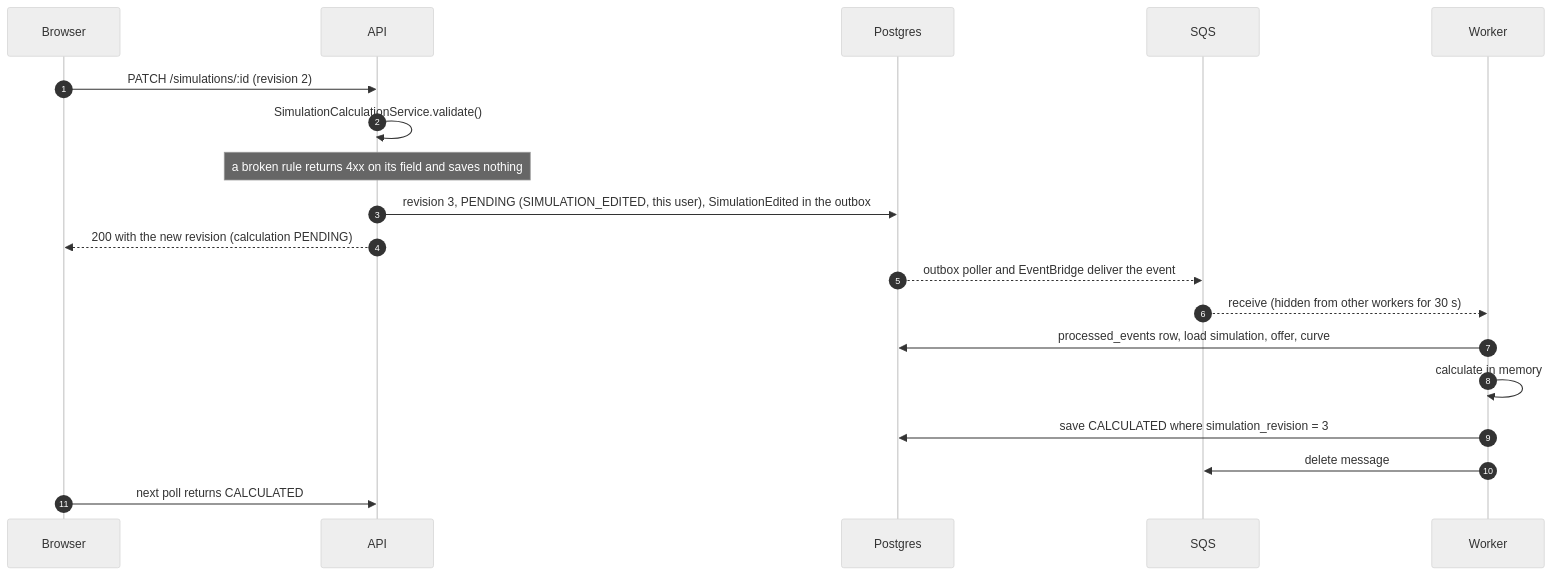
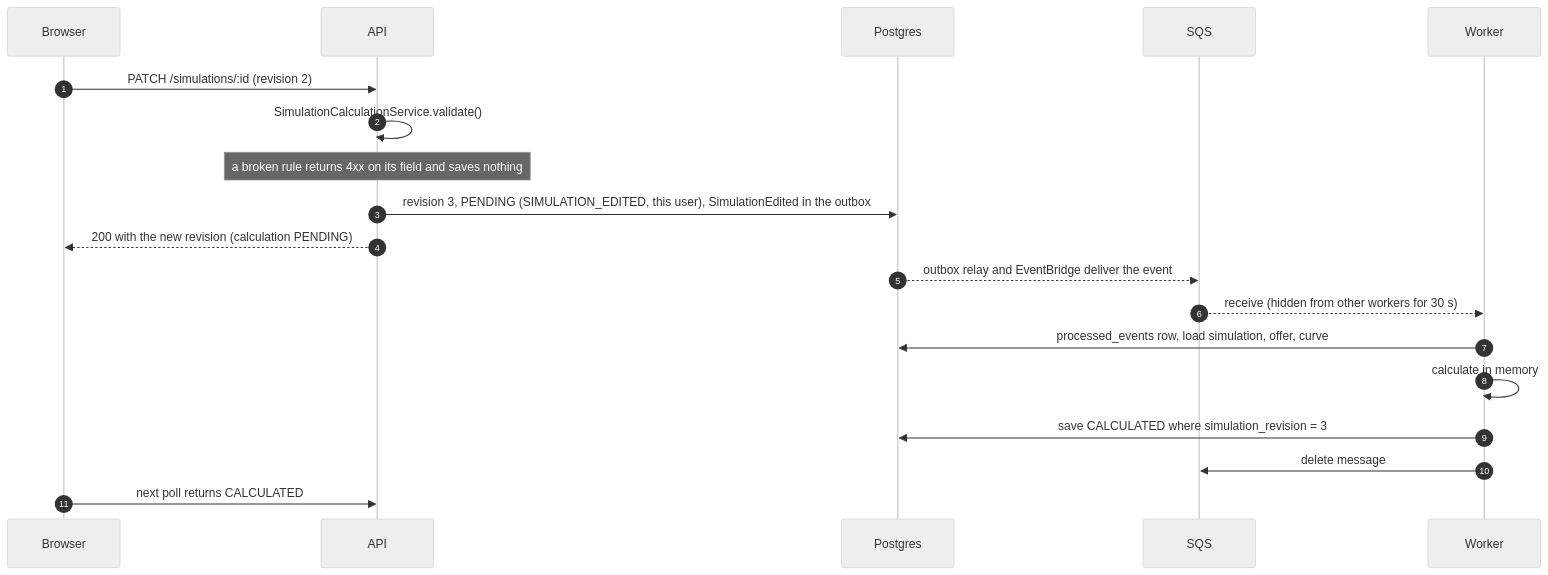
Before and after one commit to Diogo-NB/investflow: the fifth of 9 diagrams in docs/architecture/event-flow.md, drawn with Mermaid (neutral theme). The commit also changed other lines of this file and 43 other files, not shown here.

````diff
--- a/docs/architecture/event-flow.md
+++ b/docs/architecture/event-flow.md
@@ -180,22 +188,22 @@
 ```mermaid
 sequenceDiagram
   autonumber
   participant B as Browser
   participant A as API
   participant DB as Postgres
   participant Q as SQS
   participant W as Worker
 
   B->>A: PATCH /simulations/:id (revision 2)
   A->>A: SimulationCalculationService.validate()
   Note over A: a broken rule returns 4xx on its field and saves nothing
   A->>DB: revision 3, PENDING (SIMULATION_EDITED, this user), SimulationEdited in the outbox
   A-->>B: 200 with the new revision (calculation PENDING)
-  DB-->>Q: outbox poller and EventBridge deliver the event
+  DB-->>Q: outbox relay and EventBridge deliver the event
   Q-->>W: receive (hidden from other workers for 30 s)
   W->>DB: processed_events row, load simulation, offer, curve
   W->>W: calculate in memory
   W->>DB: save CALCULATED where simulation_revision = 3
   W->>Q: delete message
   B->>A: next poll returns CALCULATED
 ```
````
